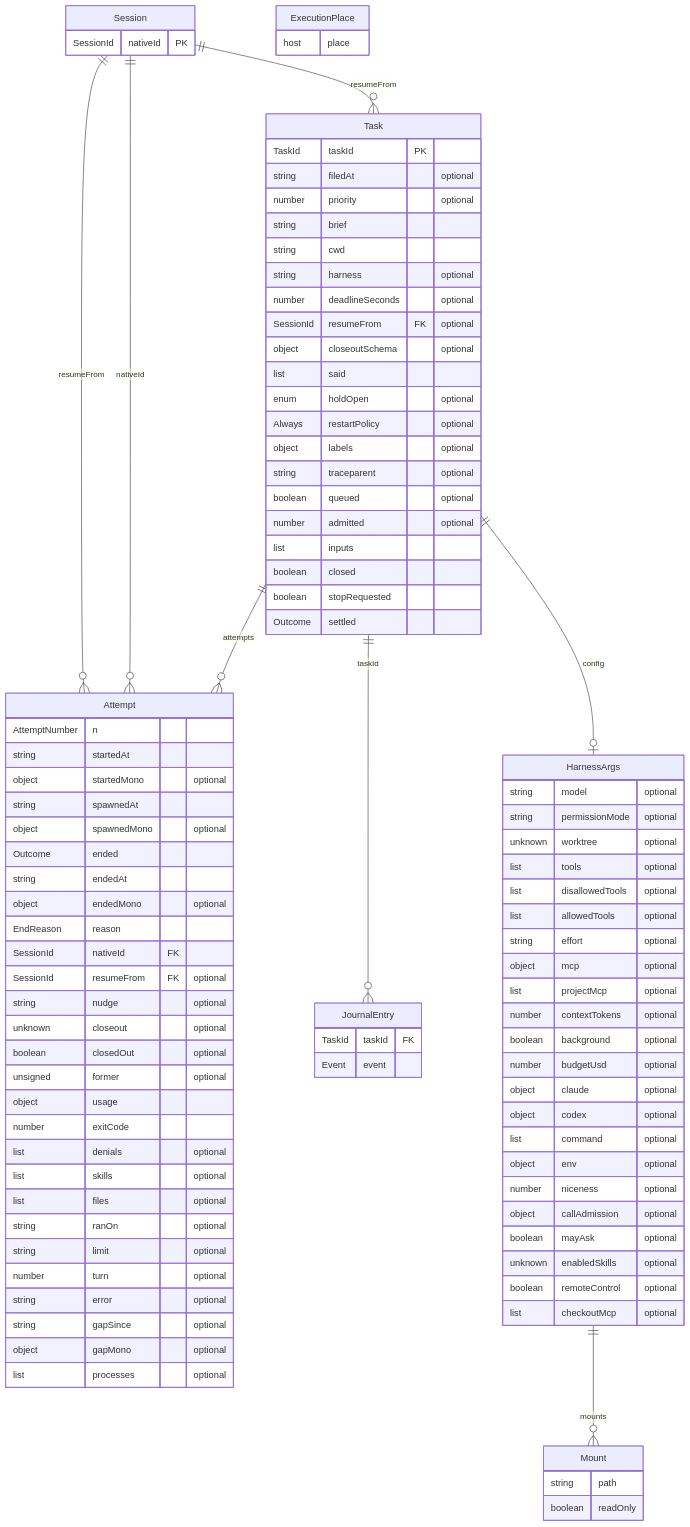
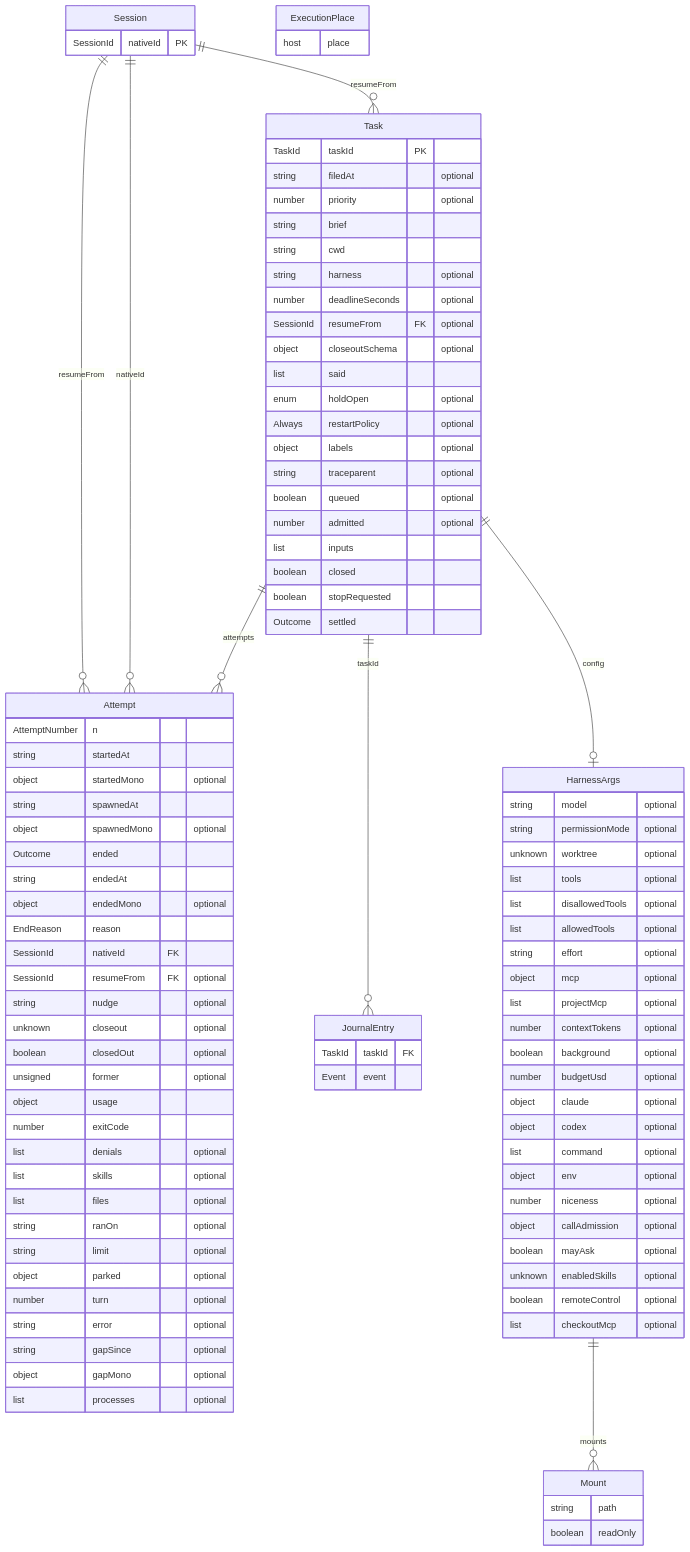
One commit to emyann/nemia changed the diagram in packages/agent-runtime/docs/model.md. Above: the diagram before and after it, drawn with Mermaid. The commit also changed 19 other files, not shown here.

```diff
--- a/packages/agent-runtime/docs/model.md
+++ b/packages/agent-runtime/docs/model.md
@@ -66,6 +66,7 @@
     list files "optional"
     string ranOn "optional"
     string limit "optional"
+    object parked "optional"
     number turn "optional"
     string error "optional"
     string gapSince "optional"
```
